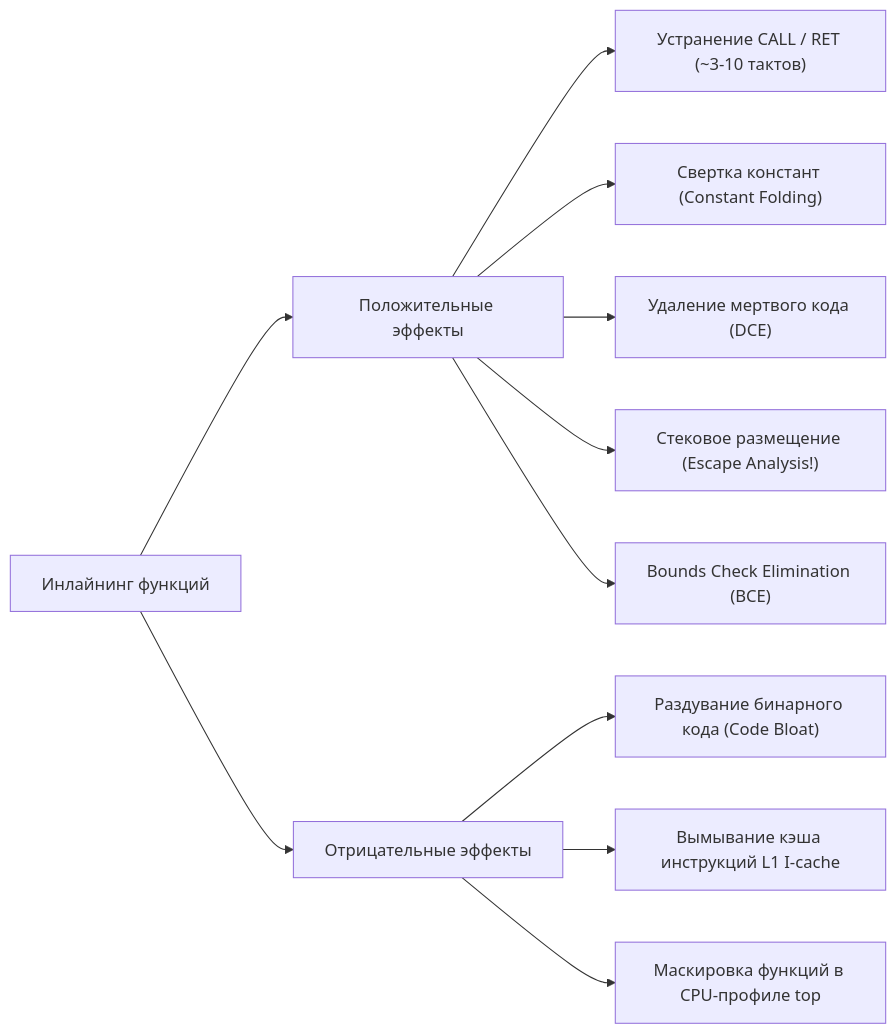
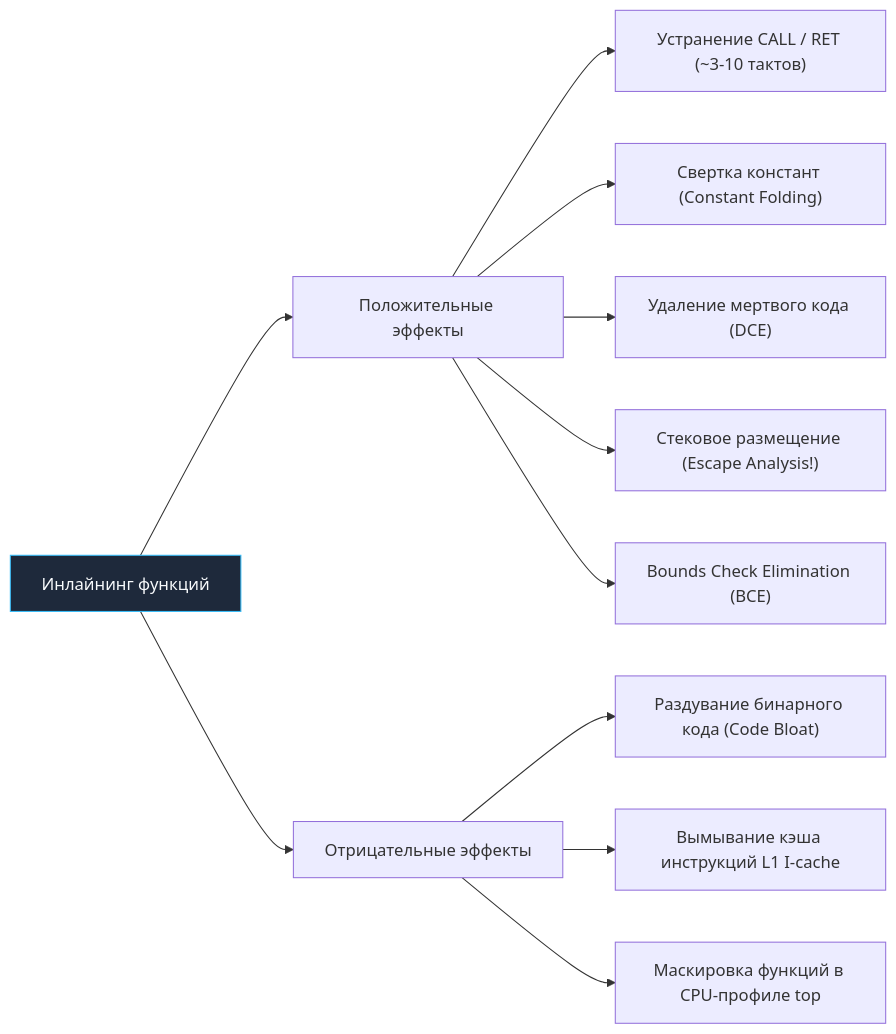
The third of 4 diagrams in sources/16. Профилирование, отладка и производительность/03. CPU profiling/5. Inline и влияние на performance.md (UnrealTemplier/go-textbook), drawn with Mermaid before and after one commit. The commit also changed other lines of this file and 1666 other files, not shown here.

First line of the commit message:
feat(mermaid): add semantic color classDef to 1369 colorless flowchart/graph diagrams

````diff
--- a/sources/16. Профилирование, отладка и производительность/03. CPU profiling/5. Inline и влияние на performance.md
+++ b/sources/16. Профилирование, отладка и производительность/03. CPU profiling/5. Inline и влияние на performance.md
@@ -160,16 +170,26 @@
 ```mermaid
 flowchart LR
-    Inlining["Инлайнинг функций"]
+    classDef process  fill:#1e293b,stroke:#38bdf8,stroke-width:1px,color:#f8fafc
+    classDef success  fill:#064e3b,stroke:#34d399,stroke-width:1px,color:#f8fafc
+    classDef error    fill:#7f1d1d,stroke:#f87171,stroke-width:1px,color:#f8fafc
+    classDef warning  fill:#78350f,stroke:#fbbf24,stroke-width:1px,color:#f8fafc
+    classDef entry    fill:#1e3a5f,stroke:#38bdf8,stroke-width:2px,color:#f8fafc
+    classDef aux      fill:#334155,stroke:#64748b,stroke-width:1px,color:#f8fafc
+    classDef system   fill:#312e81,stroke:#a78bfa,stroke-width:1px,color:#f8fafc
+    classDef data     fill:#132d29,stroke:#2dd4bf,stroke-width:1px,color:#f8fafc
+    classDef network  fill:#881337,stroke:#fb7185,stroke-width:1px,color:#f8fafc
+    classDef accent   fill:#1e1b4b,stroke:#818cf8,stroke-width:1px,color:#f8fafc
+    Inlining["Инлайнинг функций"]:::process
     
     Inlining --> Pros["Положительные эффекты"]
     Pros --> P1["Устранение CALL / RET (~3-10 тактов)"]
     Pros --> P2["Свертка констант (Constant Folding)"]
     Pros --> P3["Удаление мертвого кода (DCE)"]
     Pros --> P4["Стековое размещение (Escape Analysis!)"]
     Pros --> P5["Bounds Check Elimination (BCE)"]
 
     Inlining --> Cons["Отрицательные эффекты"]
     Cons --> C1["Раздувание бинарного кода (Code Bloat)"]
     Cons --> C2["Вымывание кэша инструкций L1 I-cache"]
     Cons --> C3["Маскировка функций в CPU-профиле top"]
 ```
````
